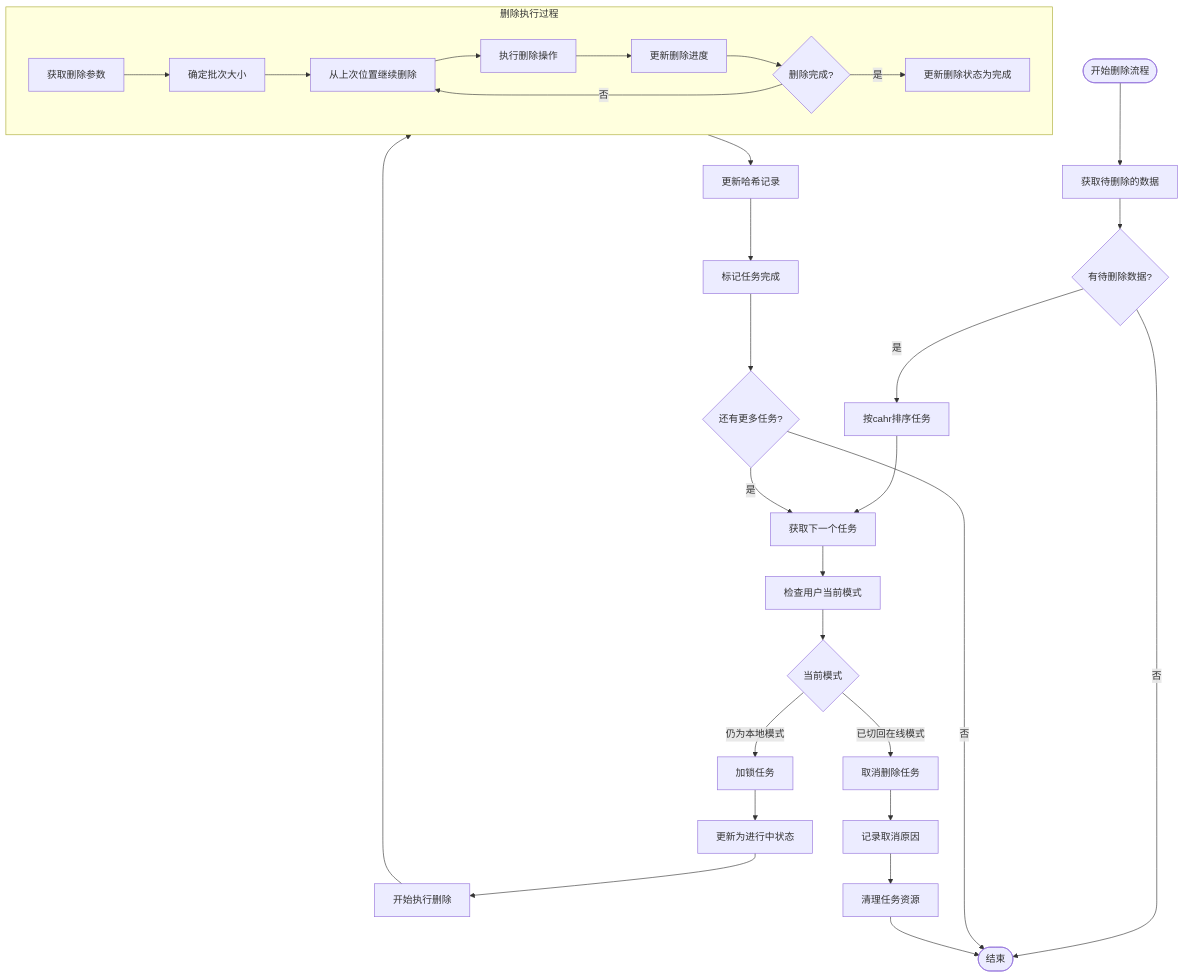
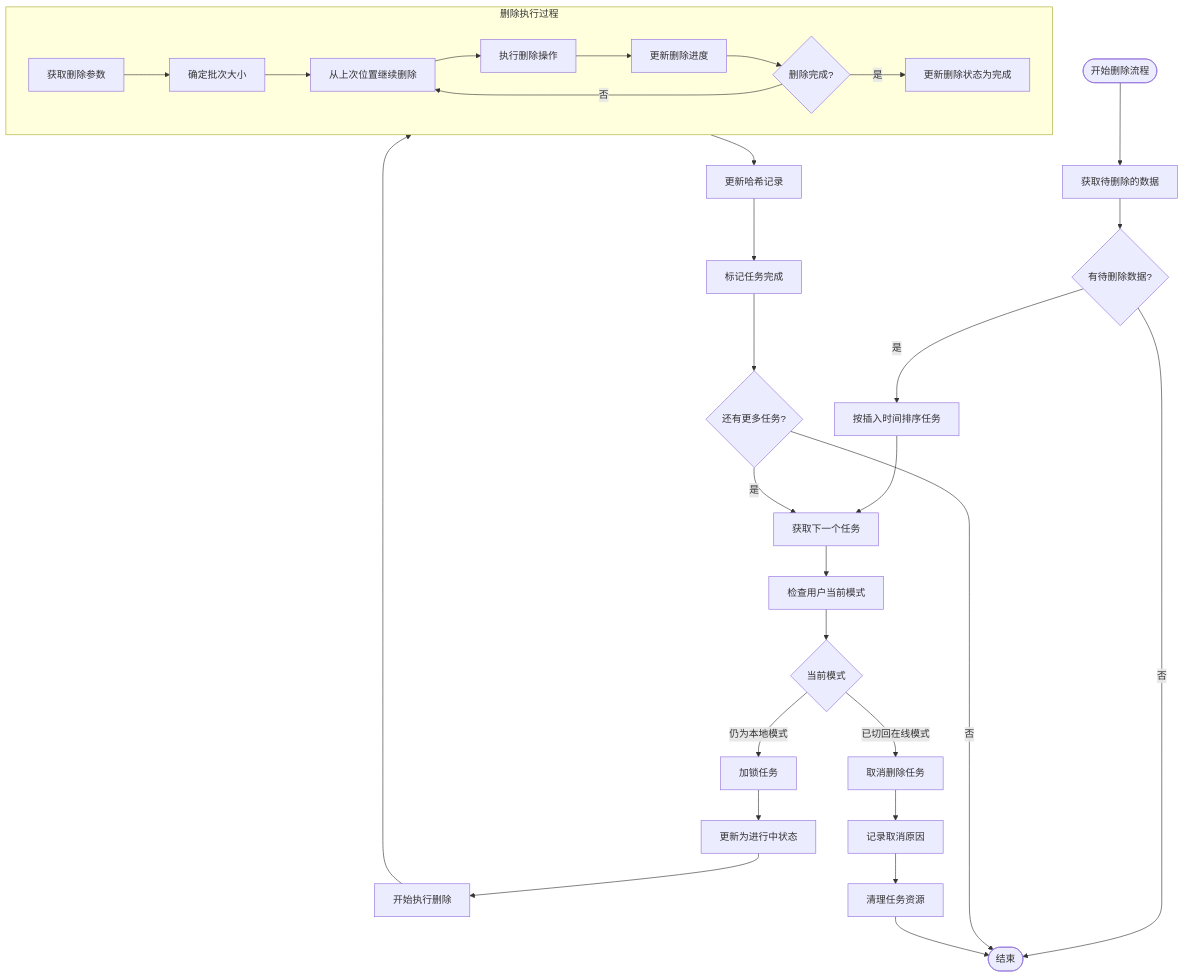
One commit to yingjianzh/iodraw-files changed the diagram in all/未命名-51.md. Above: the diagram before and after it, drawn with Mermaid.

Commit message:
2025-05-08 15:17:56 update

````diff
--- a/all/未命名-51.md
+++ b/all/未命名-51.md
@@ -1,42 +1,42 @@
 ```mermaid
 flowchart TD
     Start([开始删除流程]) --> FetchTasks[获取待删除的数据]
     FetchTasks --> HasTasks{有待删除数据?}
     
     HasTasks -->|否| End([结束])
-    HasTasks -->|是| PrioritizeTasks[按cahr排序任务]
+    HasTasks -->|是| PrioritizeTasks[按插入时间排序任务]
     
     PrioritizeTasks --> GetNextTask[获取下一个任务]
     GetNextTask --> CheckUserMode[检查用户当前模式]
     
     CheckUserMode --> CurrentMode{当前模式}
     CurrentMode -->|已切回在线模式| TaskCancel[取消删除任务]
     CurrentMode -->|仍为本地模式| LockTask[加锁任务]
     
     LockTask --> UpdateStatus[更新为进行中状态]
     UpdateStatus --> BeginDeletion[开始执行删除]
     
     subgraph DeletionProcess [删除执行过程]
         A[获取删除参数] --> B[确定批次大小]
         B --> C[从上次位置继续删除]
         C --> D[执行删除操作]
         D --> E[更新删除进度]
         E --> F{删除完成?}
         F -->|否| C
         F -->|是| G[更新删除状态为完成]
     end
     
     BeginDeletion --> DeletionProcess
     
     DeletionProcess --> UpdateHashRecord[更新哈希记录]
     UpdateHashRecord --> MarkCompleted[标记任务完成]
     
     TaskCancel --> LogCancellation[记录取消原因]
     LogCancellation --> CleanupTask[清理任务资源]
     
     MarkCompleted --> CheckMoreTasks{还有更多任务?}
     CheckMoreTasks -->|是| GetNextTask
     CheckMoreTasks -->|否| End
     
     CleanupTask --> End
 ```
````
